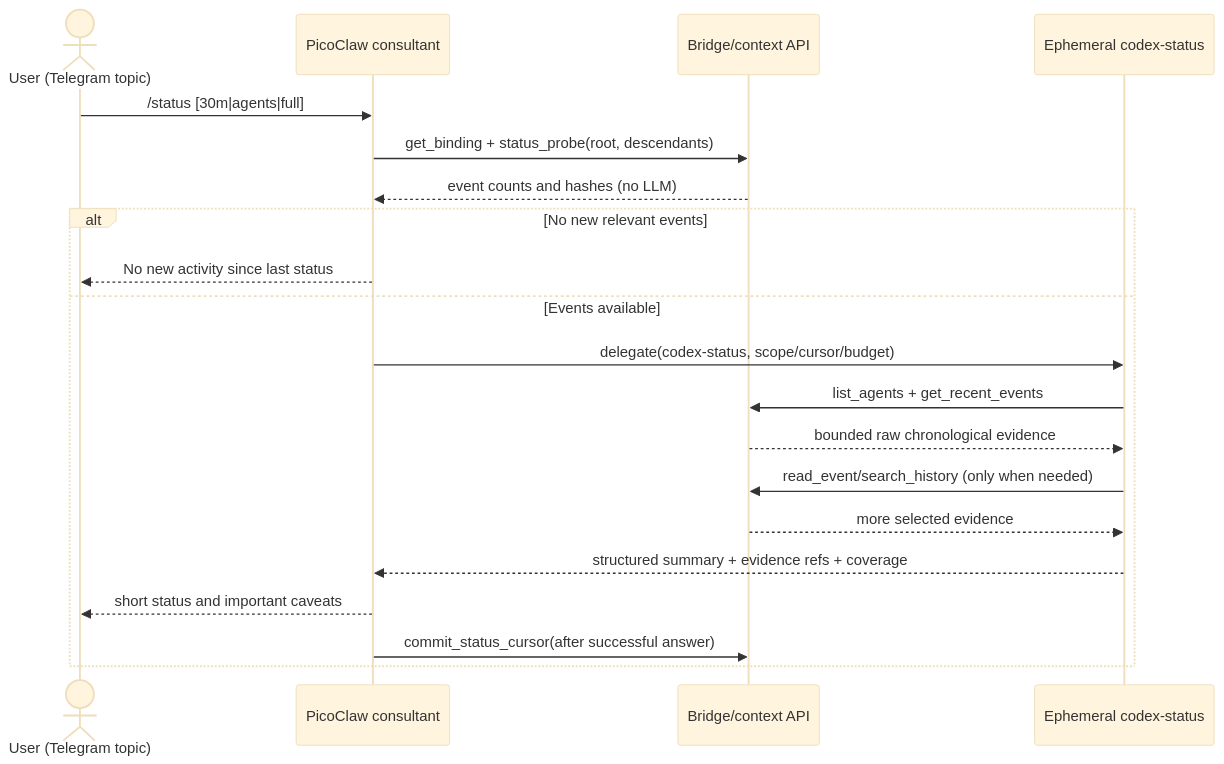
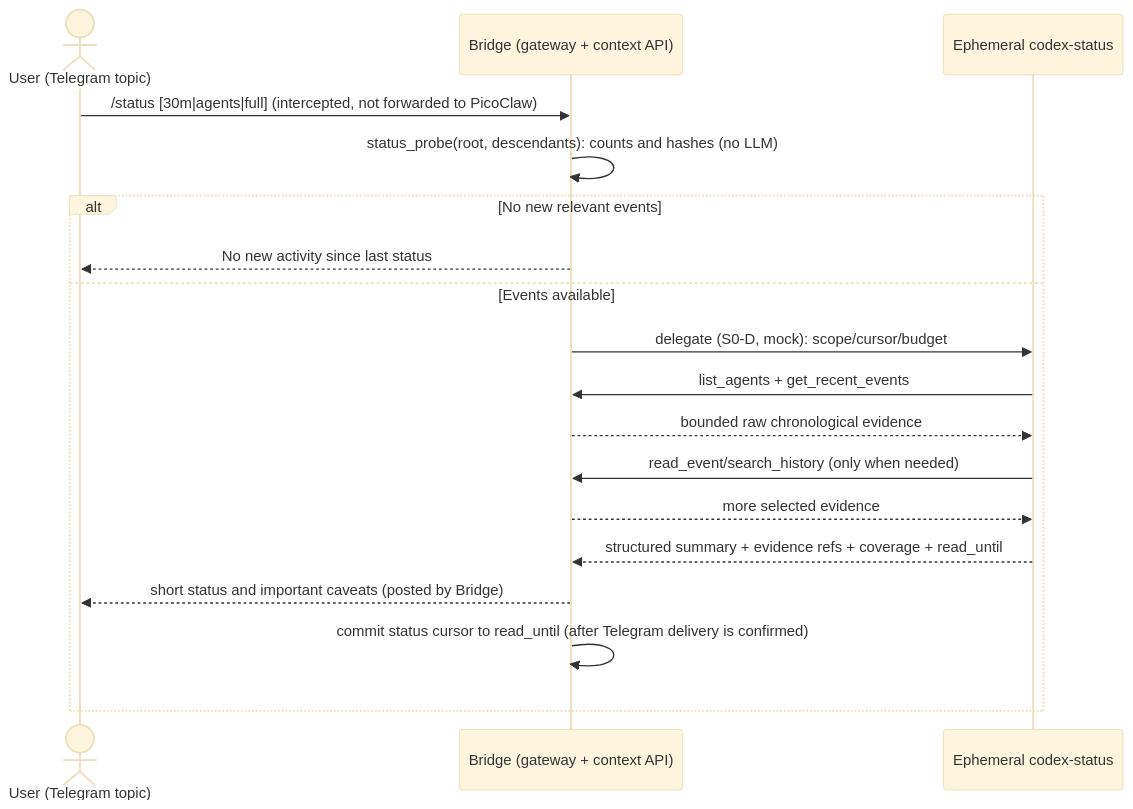
One commit to todaysday/codex-questions-bridge changed the second of 2 diagrams in doc/Codex_Questions_Bridge_Design.md. Above: the diagram before and after it, drawn with Mermaid (base theme). The commit also changed other lines of this file, not shown here.

First line of the commit message:
Design v0.4: consistency pass, verified PicoClaw follow-ups, real-model run and request_user_input hook

````diff
--- a/doc/Codex_Questions_Bridge_Design.md
+++ b/doc/Codex_Questions_Bridge_Design.md
@@ -341,22 +344,20 @@
 ```mermaid
 sequenceDiagram
     actor U as User (Telegram topic)
-    participant C as PicoClaw consultant
-    participant B as Bridge/context API
+    participant B as Bridge (gateway + context API)
     participant S as Ephemeral codex-status
-    U->>C: /status [30m|agents|full]
-    C->>B: get_binding + status_probe(root, descendants)
-    B-->>C: event counts and hashes (no LLM)
+    U->>B: /status [30m|agents|full] (intercepted, not forwarded to PicoClaw)
+    B->>B: status_probe(root, descendants): counts and hashes (no LLM)
     alt No new relevant events
-        C-->>U: No new activity since last status
+        B-->>U: No new activity since last status
     else Events available
-        C->>S: delegate(codex-status, scope/cursor/budget)
+        B->>S: delegate (S0-D, mock): scope/cursor/budget
         S->>B: list_agents + get_recent_events
         B-->>S: bounded raw chronological evidence
         S->>B: read_event/search_history (only when needed)
         B-->>S: more selected evidence
-        S-->>C: structured summary + evidence refs + coverage
-        C-->>U: short status and important caveats
-        C->>B: commit_status_cursor(after successful answer)
+        S-->>B: structured summary + evidence refs + coverage + read_until
+        B-->>U: short status and important caveats (posted by Bridge)
+        B->>B: commit status cursor to read_until (after Telegram delivery is confirmed)
     end
 ```
````
